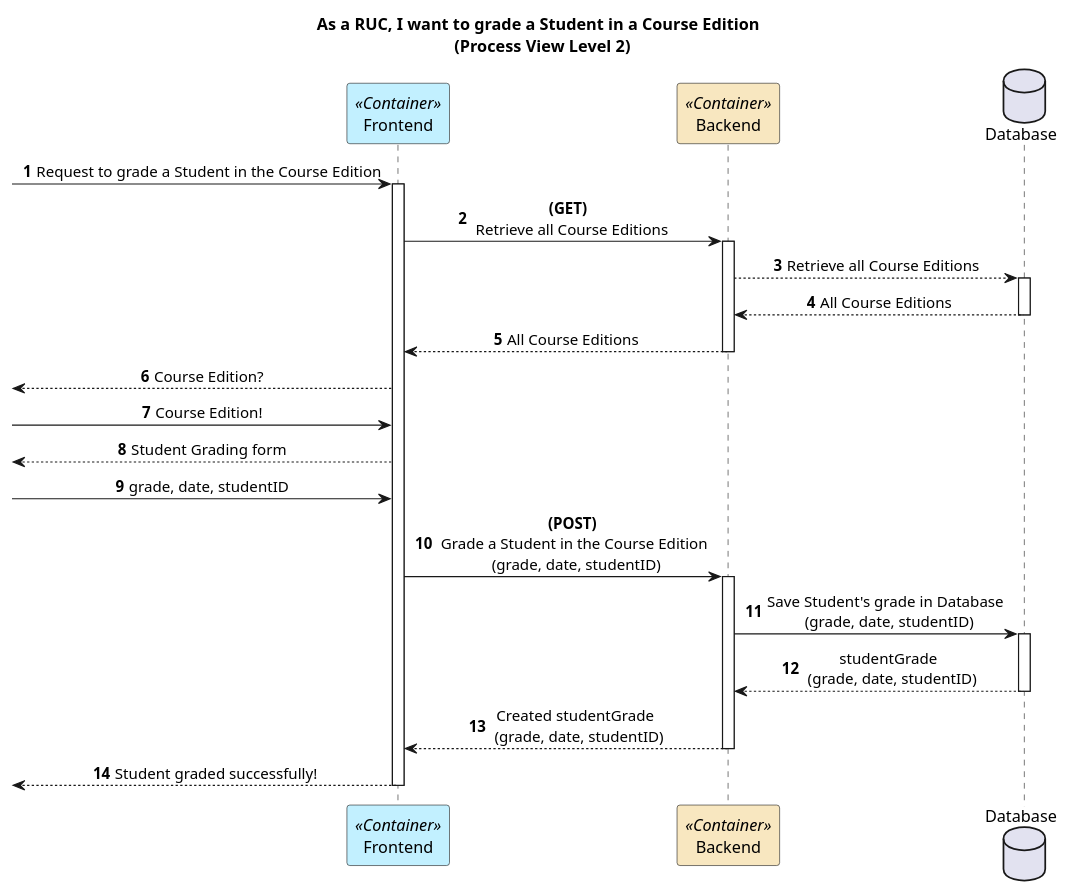
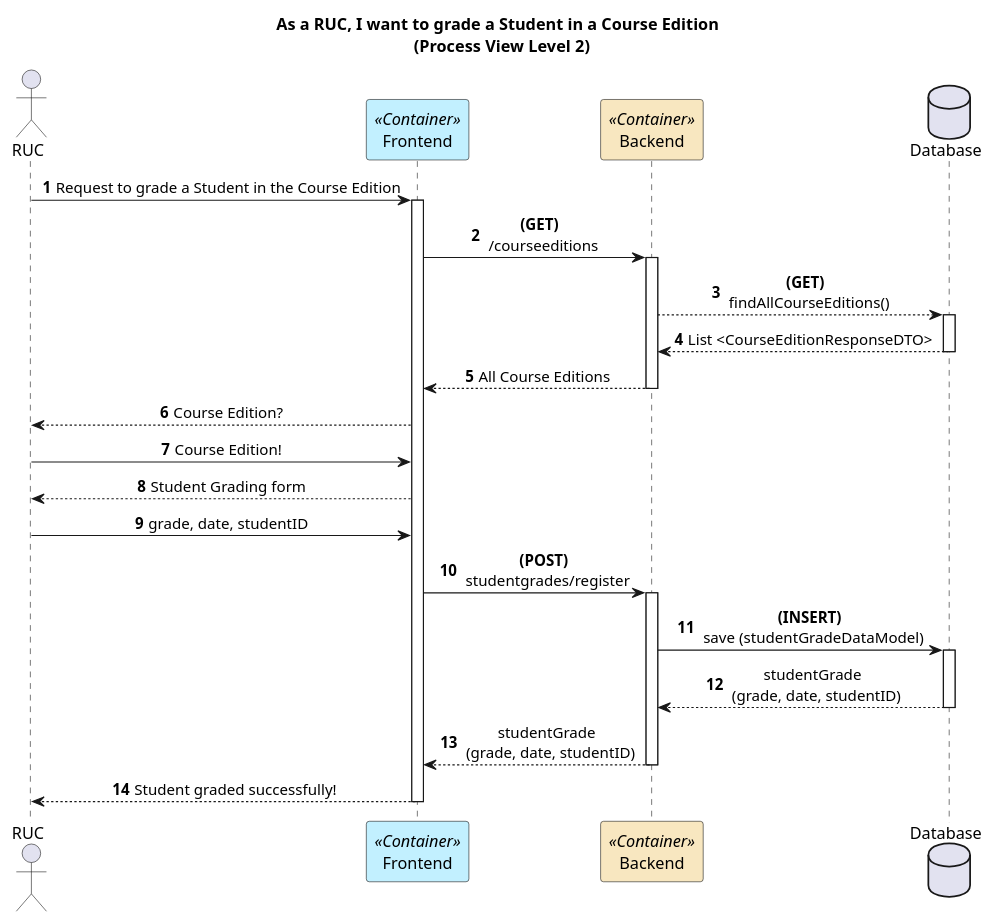
One commit to GasparISEP/DevOps-PAI changed the diagram in docs/US22/REST_API/ProcessView/Level2.puml. Above: the diagram before and after it, drawn with PlantUML. The commit also changed 4 other files, not shown here.

Commit message:
Refs #642: Refactor of US22-Sprint6 Diagrams considering corrections advised by professors

```diff
--- a/docs/US22/REST_API/ProcessView/Level2.puml
+++ b/docs/US22/REST_API/ProcessView/Level2.puml
@@ -1,41 +1,39 @@
 @startuml
 
 autonumber
 title As a RUC, I want to grade a Student in a Course Edition \n (Process View Level 2)
-
 skinparam sequencemessagealign center
 
+actor RUC as RUC
 participant "Frontend" as FE <<Container>> #application
 participant "Backend" as BE <<Container>> #strategy
 database Database
 
 
- -> FE : Request to grade a Student in the Course Edition
+RUC -> FE : Request to grade a Student in the Course Edition
 activate FE
-
-
-FE -> BE : **(GET)** \n Retrieve all Course Editions
+FE -> BE : **(GET)** \n /courseeditions
 activate BE
-BE --> Database : Retrieve all Course Editions
+BE --> Database : **(GET)** \n findAllCourseEditions()
 activate Database
-BE <-- Database : All Course Editions
+BE <-- Database : List <CourseEditionResponseDTO>
 deactivate Database
 BE --> FE : All Course Editions
 deactivate BE
- <-- FE : Course Edition?
- -> FE : Course Edition!
+FE --> RUC : Course Edition?
+RUC -> FE : Course Edition!
 
- <-- FE: Student Grading form
- -> FE: grade, date, studentID
-FE -> BE : **(POST)** \n Grade a Student in the Course Edition \n (grade, date, studentID)
+FE --> RUC: Student Grading form
+RUC -> FE: grade, date, studentID
+FE -> BE : **(POST)** \n studentgrades/register
 activate BE
-BE ->  Database : Save Student's grade in Database \n (grade, date, studentID)
+BE -> Database : **(INSERT)** \n save (studentGradeDataModel)
 activate Database
 BE <-- Database : studentGrade \n (grade, date, studentID)
 deactivate Database
-BE --> FE: Created studentGrade \n (grade, date, studentID)
+BE --> FE: studentGrade \n (grade, date, studentID)
 deactivate BE
- <-- FE: Student graded successfully!
+FE --> RUC: Student graded successfully!
 deactivate FE
 
 @enduml
```
